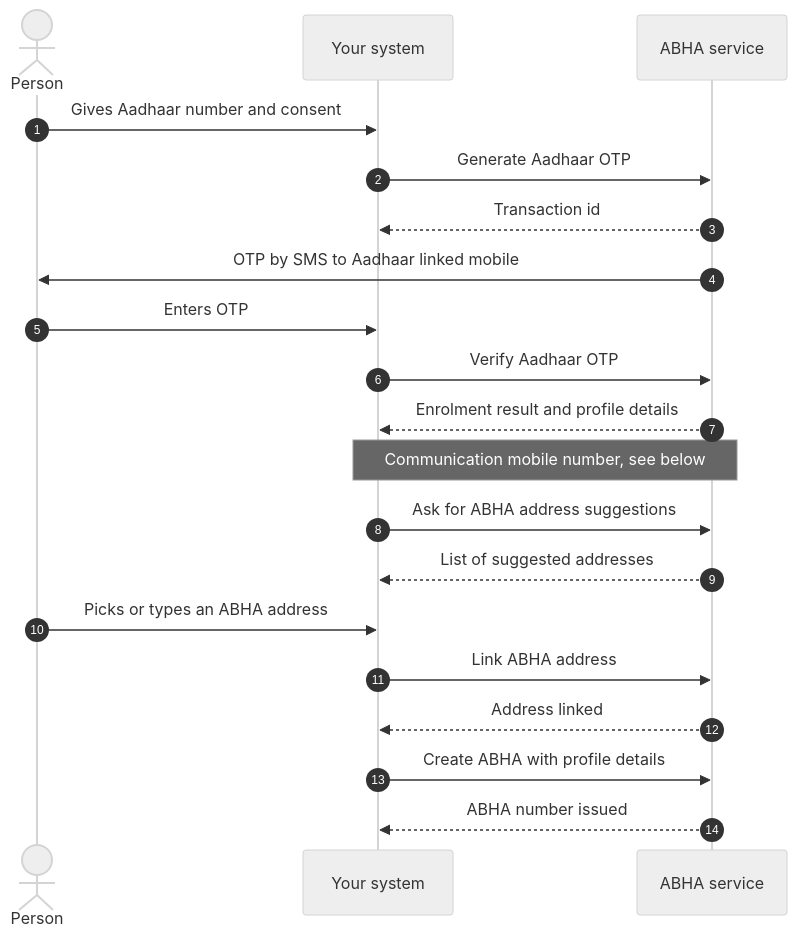
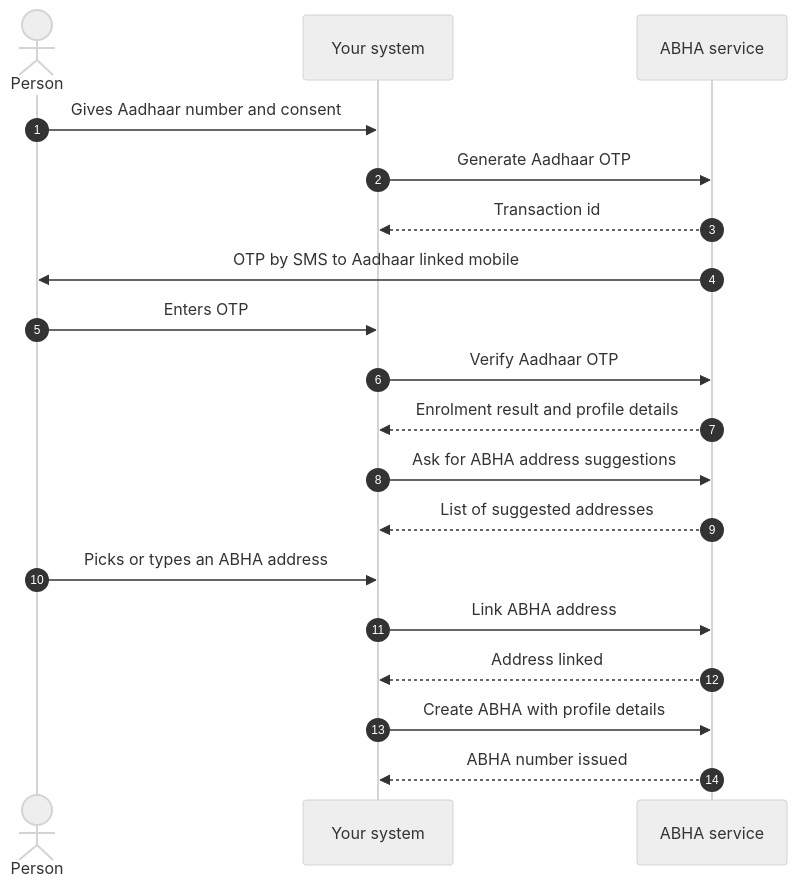
The first of 6 diagrams in site/docs/hiecm/v3/milestones/m1.mdx (nha-in/docs), drawn with Mermaid (neutral theme) before and after one commit. The commit also changed other lines of this file and 2 other files, not shown here.

````diff
--- a/site/docs/hiecm/v3/milestones/m1.mdx
+++ b/site/docs/hiecm/v3/milestones/m1.mdx
@@ -201,22 +119,21 @@
 ```mermaid
 sequenceDiagram
     autonumber
     actor P as Person
     participant S as Your system
     participant A as ABHA service
     P->>S: Gives Aadhaar number and consent
     S->>A: Generate Aadhaar OTP
     A-->>S: Transaction id
     A->>P: OTP by SMS to Aadhaar linked mobile
     P->>S: Enters OTP
     S->>A: Verify Aadhaar OTP
     A-->>S: Enrolment result and profile details
-    Note over S,A: Communication mobile number, see below
     S->>A: Ask for ABHA address suggestions
     A-->>S: List of suggested addresses
     P->>S: Picks or types an ABHA address
     S->>A: Link ABHA address
     A-->>S: Address linked
     S->>A: Create ABHA with profile details
     A-->>S: ABHA number issued
 ```
````
